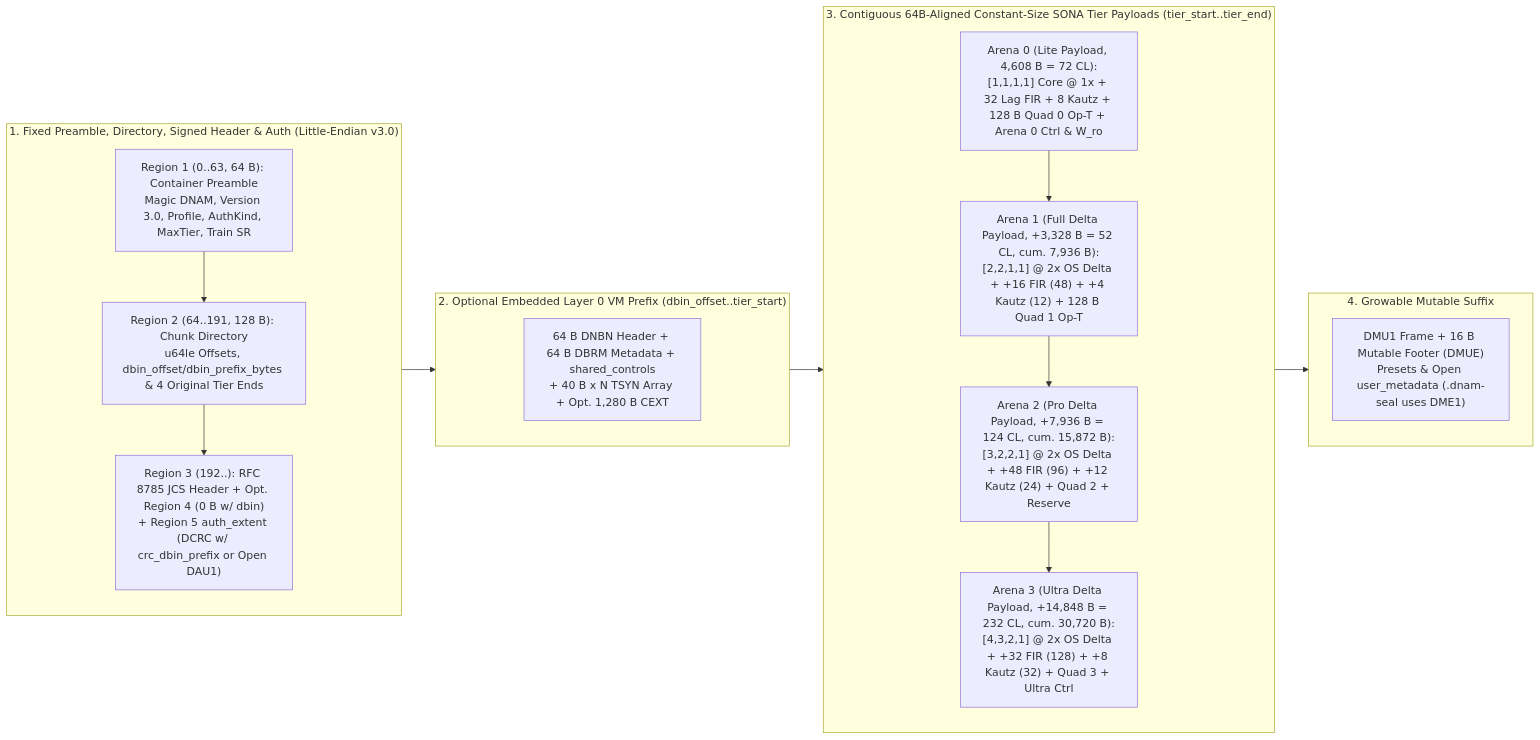
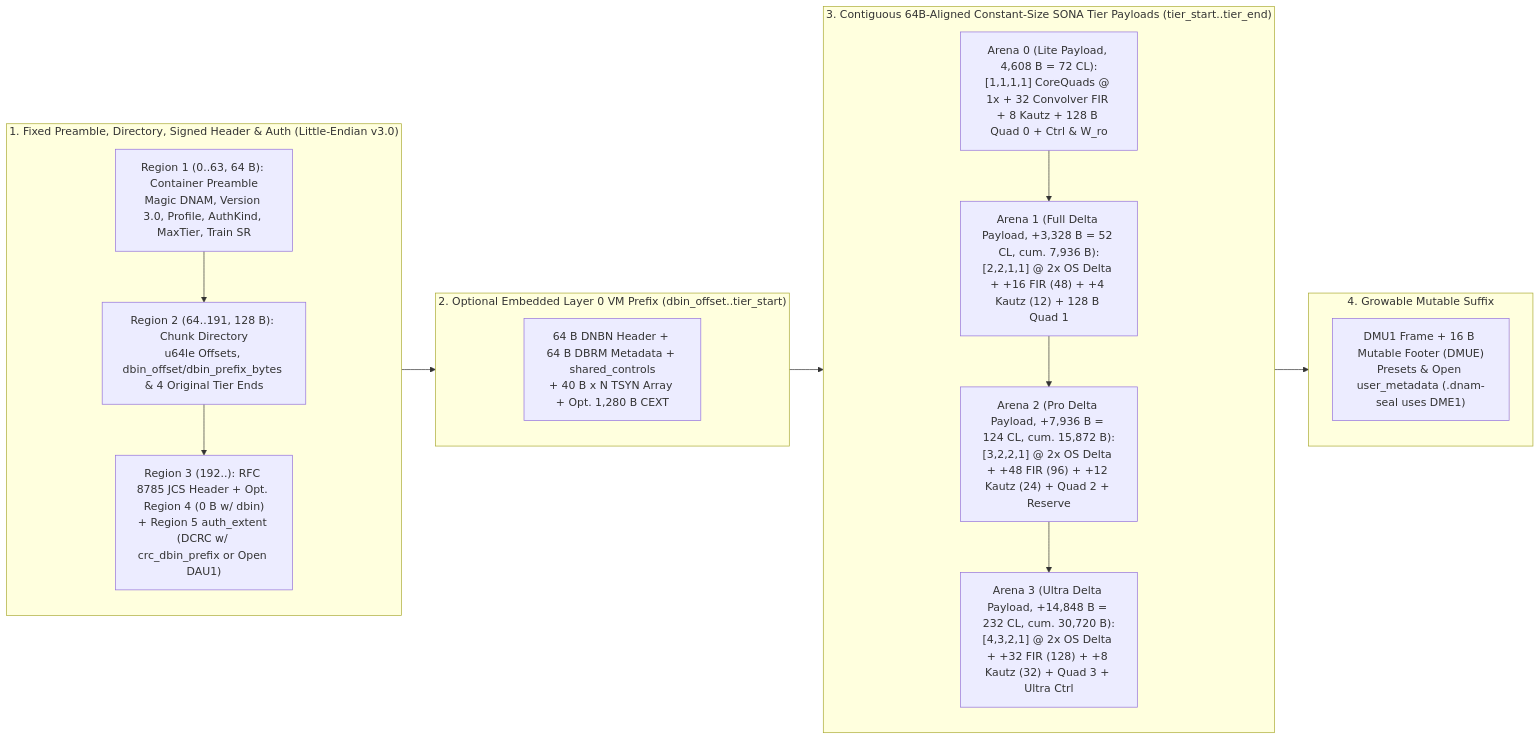
Before and after one commit to mokugen/dnam: the diagram in docs/specs/containers/dnam_binary_format.md, drawn with Mermaid. The commit also changed other lines of this file and 26 other files, not shown here.

````diff
--- a/docs/specs/containers/dnam_binary_format.md
+++ b/docs/specs/containers/dnam_binary_format.md
@@ -57,29 +57,29 @@
 ```mermaid
 flowchart LR
     subgraph Header ["1. Fixed Preamble, Directory, Signed Header & Auth (Little-Endian v3.0)"]
         direction TB
         P["Region 1 (0..63, 64 B): Container Preamble<br/>Magic DNAM, Version 3.0, Profile, AuthKind, MaxTier, Train SR"]
         D["Region 2 (64..191, 128 B): Chunk Directory<br/>u64le Offsets, dbin_offset/dbin_prefix_bytes & 4 Original Tier Ends"]
         H["Region 3 (192..): RFC 8785 JCS Header + Opt. Region 4 (0 B w/ dbin)<br/>+ Region 5 auth_extent (DCRC w/ crc_dbin_prefix or Open DAU1)"]
         P --> D --> H
     end
 
     subgraph DbinPrefix ["2. Optional Embedded Layer 0 VM Prefix (dbin_offset..tier_start)"]
         DB["64 B DNBN Header + 64 B DBRM Metadata + shared_controls<br/>+ 40 B x N TSYN Array + Opt. 1,280 B CEXT"]
     end
 
     subgraph Arenas ["3. Contiguous 64B-Aligned Constant-Size SONA Tier Payloads (tier_start..tier_end)"]
         direction TB
-        A0["Arena 0 (Lite Payload, 4,608 B = 72 CL):<br/>[1,1,1,1] Core @ 1x + 32 Lag FIR + 8 Kautz + 128 B Quad 0 Op-T + Arena 0 Ctrl & W_ro"]
-        A1["Arena 1 (Full Delta Payload, +3,328 B = 52 CL, cum. 7,936 B):<br/>[2,2,1,1] @ 2x OS Delta + +16 FIR (48) + +4 Kautz (12) + 128 B Quad 1 Op-T"]
+        A0["Arena 0 (Lite Payload, 4,608 B = 72 CL):<br/>[1,1,1,1] CoreQuads @ 1x + 32 Convolver FIR + 8 Kautz + 128 B Quad 0 + Ctrl & W_ro"]
+        A1["Arena 1 (Full Delta Payload, +3,328 B = 52 CL, cum. 7,936 B):<br/>[2,2,1,1] @ 2x OS Delta + +16 FIR (48) + +4 Kautz (12) + 128 B Quad 1"]
         A2["Arena 2 (Pro Delta Payload, +7,936 B = 124 CL, cum. 15,872 B):<br/>[3,2,2,1] @ 2x OS Delta + +48 FIR (96) + +12 Kautz (24) + Quad 2 + Reserve"]
         A3["Arena 3 (Ultra Delta Payload, +14,848 B = 232 CL, cum. 30,720 B):<br/>[4,3,2,1] @ 2x OS Delta + +32 FIR (128) + +8 Kautz (32) + Quad 3 + Ultra Ctrl"]
         A0 --> A1 --> A2 --> A3
     end
 
     subgraph Suffix ["4. Growable Mutable Suffix"]
         M["DMU1 Frame + 16 B Mutable Footer (DMUE)<br/>Presets & Open user_metadata (.dnam-seal uses DME1)"]
     end
 
     Header --> DbinPrefix --> Arenas --> Suffix
 ```
````
